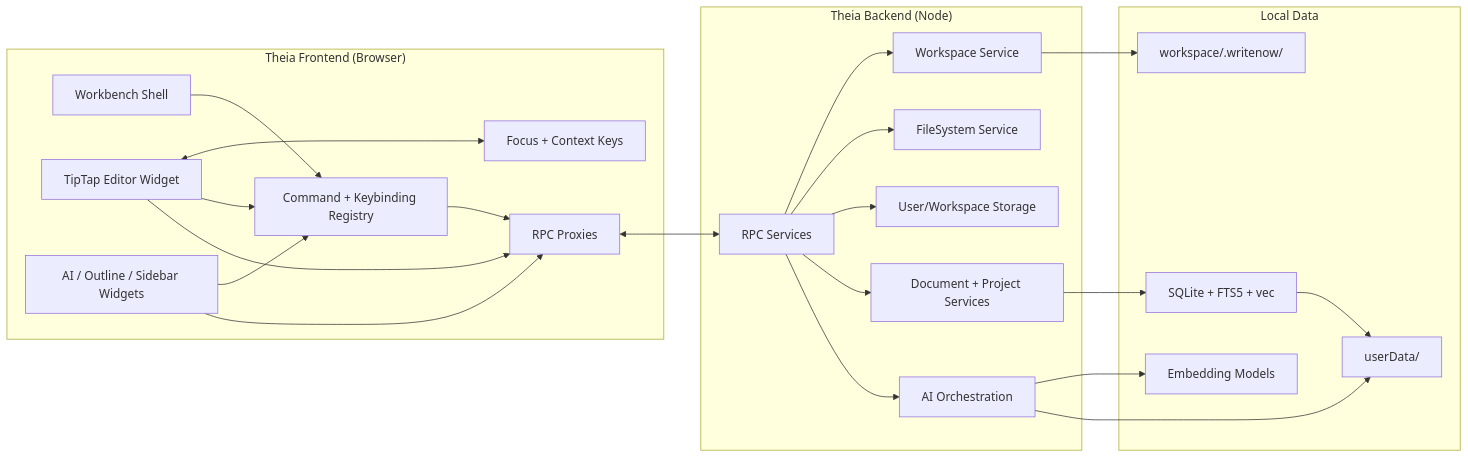
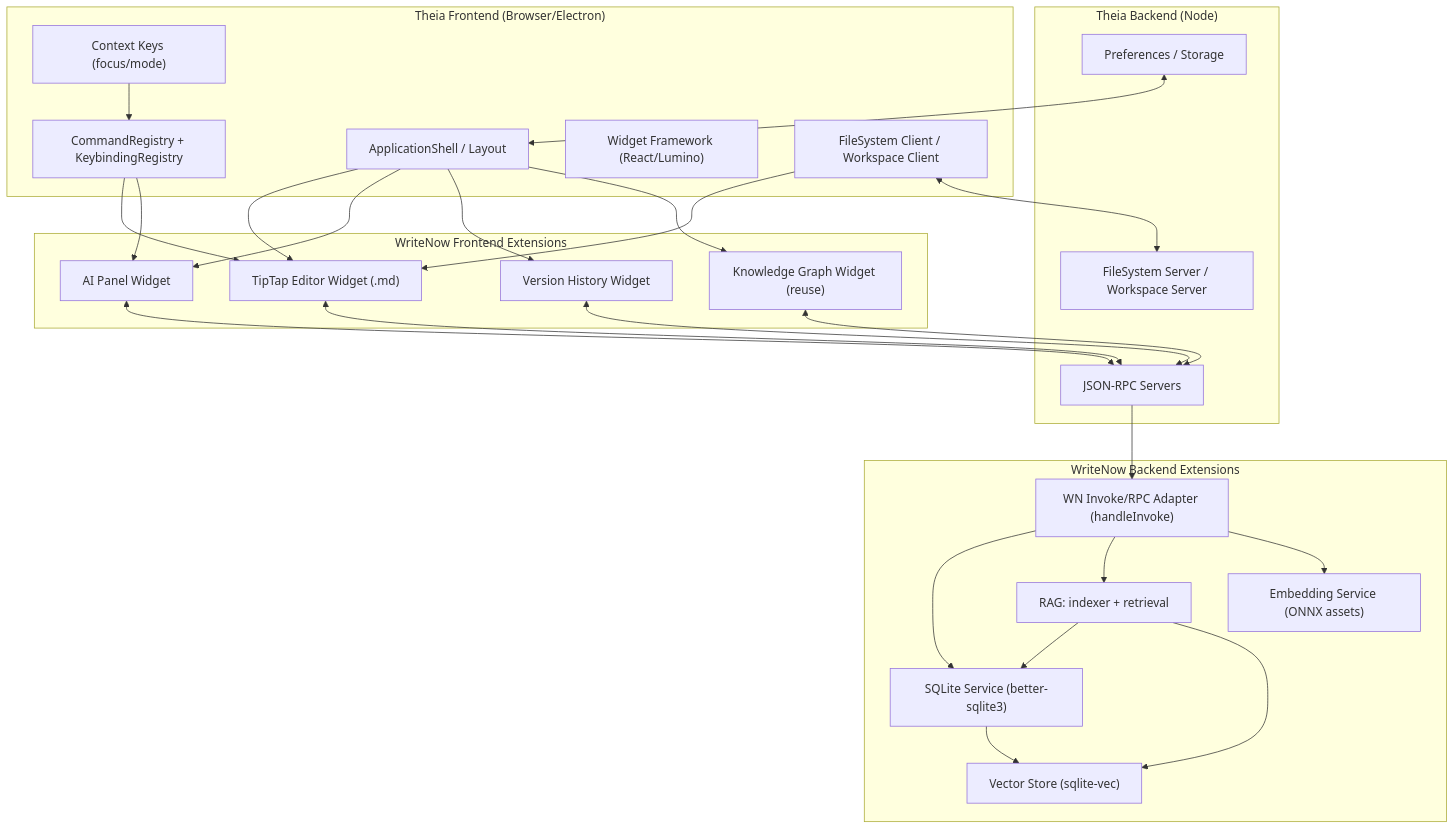
The diagram in openspec/specs/sprint-theia-migration/design/architecture.md (Leeky1017/WN0.1), drawn with Mermaid before and after one commit. The commit also changed other lines of this file and 34 other files, not shown here.

````diff
--- a/openspec/specs/sprint-theia-migration/design/architecture.md
+++ b/openspec/specs/sprint-theia-migration/design/architecture.md
@@ -10,48 +19,58 @@
 ```mermaid
-flowchart LR
-  subgraph Frontend["Theia Frontend (Browser)"]
-    Shell["Workbench Shell"]
-    Editor["TipTap Editor Widget"]
-    Panels["AI / Outline / Sidebar Widgets"]
-    Cmd["Command + Keybinding Registry"]
-    RpcFront["RPC Proxies"]
-    Focus["Focus + Context Keys"]
+flowchart TB
+  subgraph TheiaFrontend["Theia Frontend (Browser/Electron)"]
+    Shell["ApplicationShell / Layout"]
+    Cmd["CommandRegistry + KeybindingRegistry"]
+    Ctx["Context Keys (focus/mode)"]
+    Widget["Widget Framework (React/Lumino)"]
+    FSClient["FileSystem Client / Workspace Client"]
   end
 
-  subgraph Backend["Theia Backend (Node)"]
-    RpcBack["RPC Services"]
-    Workspace["Workspace Service"]
-    FS["FileSystem Service"]
-    Settings["User/Workspace Storage"]
-    AIService["AI Orchestration"]
-    DocService["Document + Project Services"]
+  subgraph TheiaBackend["Theia Backend (Node)"]
+    Rpc["JSON-RPC Servers"]
+    FS["FileSystem Server / Workspace Server"]
+    Prefs["Preferences / Storage"]
   end
 
-  subgraph LocalData["Local Data"]
-    UserData["userData/"]
-    WorkspaceData["workspace/.writenow/"]
-    SQLite["SQLite + FTS5 + vec"]
-    Models["Embedding Models"]
+  subgraph WNFrontend["WriteNow Frontend Extensions"]
+    TipTapW["TipTap Editor Widget (.md)"]
+    AiPanelW["AI Panel Widget"]
+    VersionW["Version History Widget"]
+    KGW["Knowledge Graph Widget (reuse)"]
   end
 
-  Editor <---> Focus
-  Editor --> Cmd
-  Shell --> Cmd
-  Panels --> Cmd
-  Cmd --> RpcFront
-  Editor --> RpcFront
-  Panels --> RpcFront
+  subgraph WNBackend["WriteNow Backend Extensions"]
+    Invoke["WN Invoke/RPC Adapter (handleInvoke)"]
+    Db["SQLite Service (better-sqlite3)"]
+    Vec["Vector Store (sqlite-vec)"]
+    Rag["RAG: indexer + retrieval"]
+    Emb["Embedding Service (ONNX assets)"]
+  end
 
-  RpcFront <--> RpcBack
-  RpcBack --> Workspace
-  RpcBack --> FS
-  RpcBack --> Settings
-  RpcBack --> DocService
-  RpcBack --> AIService
+  Shell --> TipTapW
+  Shell --> AiPanelW
+  Shell --> VersionW
+  Shell --> KGW
 
-  DocService --> SQLite
-  SQLite --> UserData
-  AIService --> Models
-  AIService --> UserData
-  Workspace --> WorkspaceData
+  Cmd --> TipTapW
+  Cmd --> AiPanelW
+  Ctx --> Cmd
+
+  FSClient --> TipTapW
+  FSClient <--> FS
+
+  TipTapW <--> Rpc
+  AiPanelW <--> Rpc
+  VersionW <--> Rpc
+  KGW <--> Rpc
+
+  Rpc --> Invoke
+  Invoke --> Db
+  Db --> Vec
+  Invoke --> Rag
+  Rag --> Db
+  Rag --> Vec
+  Invoke --> Emb
+
+  Prefs <--> Shell
 ```
````
